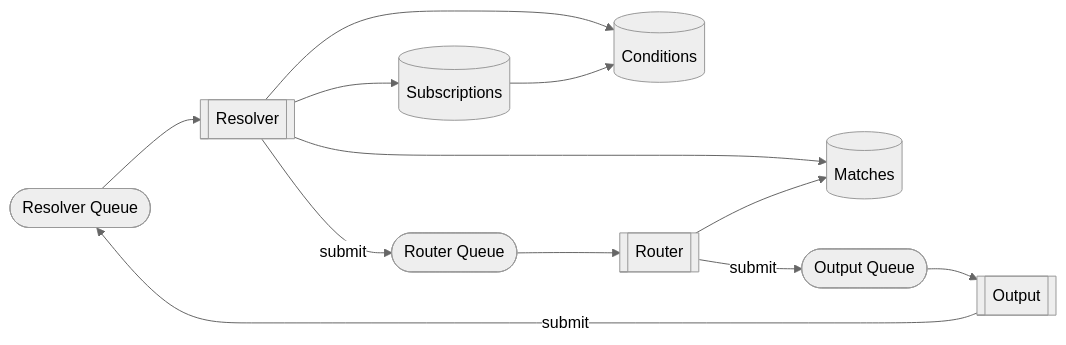
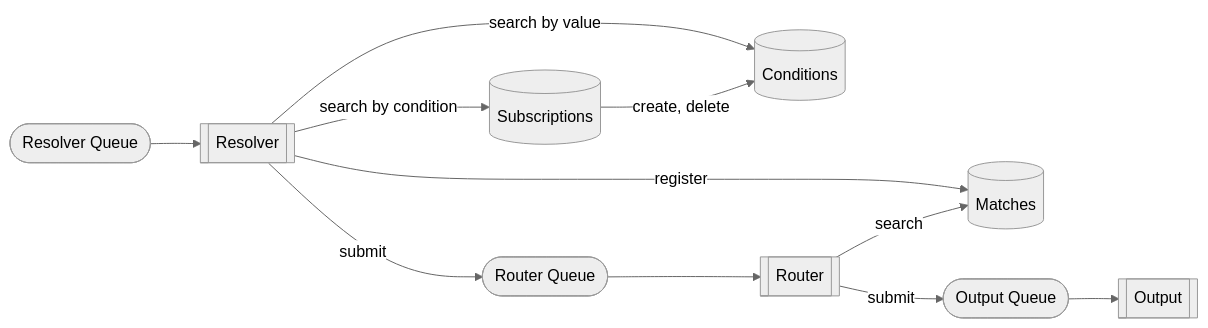
Before and after one commit to awakari/.github: the second of 2 diagrams in profile/README.md, drawn with Mermaid.

````diff
--- a/profile/README.md
+++ b/profile/README.md
@@ -161,19 +161,19 @@
 ```mermaid
 %%{init: {'theme': 'neutral' } }%%
 flowchart LR
     resolverQueue([Resolver Queue])
     resolver[[Resolver]]
     conditions[(Conditions)]
     subscriptions[(Subscriptions)]
     matches[(Matches)]
     routerQueue([Router Queue])
     router[[Router]]
     outputQueue([Output Queue])
     output[[Output]]
-    -->|submit| resolverQueue --> resolver -->|submit| routerQueue --> router -->|submit| outputQueue --> output
-    resolver --> conditions
-    resolver --> subscriptions
-    resolver --> matches
-    subscriptions --> conditions
-    router --> matches
+    resolverQueue --> resolver -->|submit| routerQueue --> router -->|submit| outputQueue --> output
+    resolver -->|search by value| conditions
+    resolver --> |search by condition| subscriptions
+    resolver --> |register| matches
+    subscriptions --> |create, delete| conditions
+    router --> |search| matches
 ```
````
